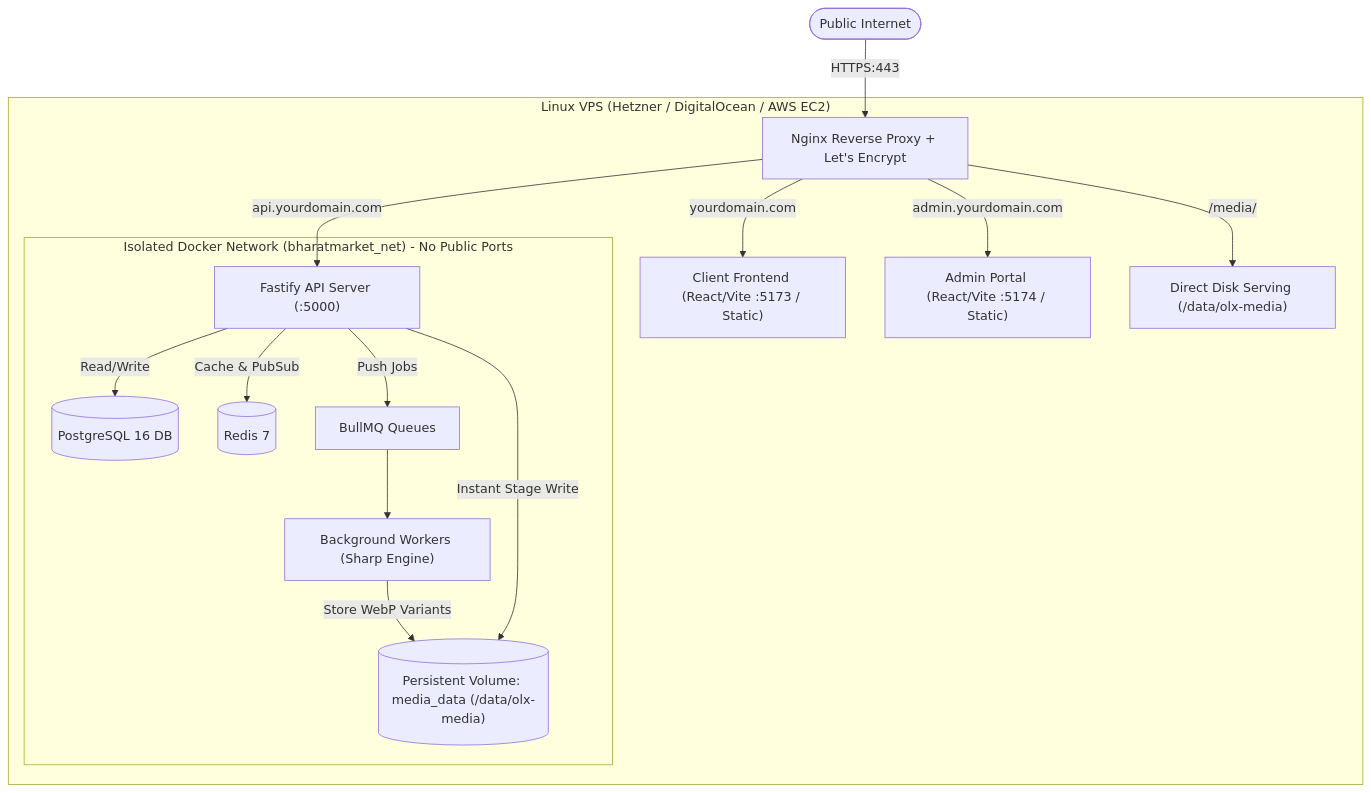
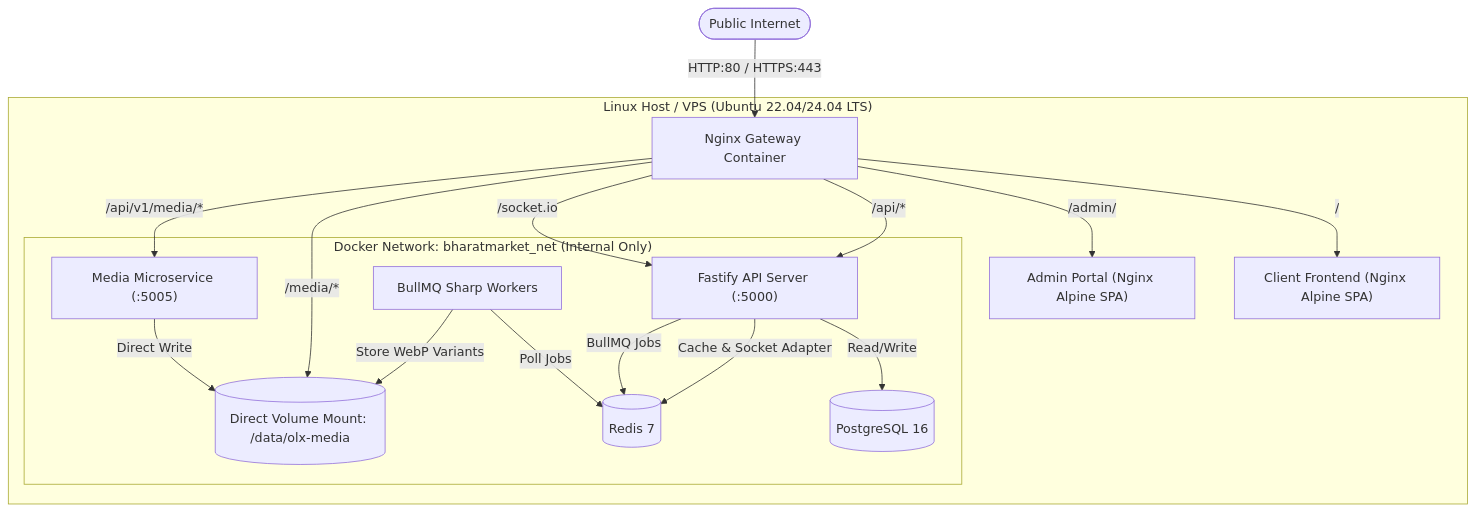
One commit to bnintelhub/olx changed the first of 2 diagrams in docs/DEPLOYMENT_STRATEGY.md. Above: the diagram before and after it, drawn with Mermaid. The commit also changed other lines of this file and 20 other files, not shown here.

````diff
--- a/docs/DEPLOYMENT_STRATEGY.md
+++ b/docs/DEPLOYMENT_STRATEGY.md
@@ -45,20 +64,22 @@
 ```mermaid
 flowchart TD
-    Internet([Public Internet]) -->|HTTPS:443| NGINX[Nginx Reverse Proxy + Let's Encrypt]
+    Internet([Public Internet]) -->|HTTP:80 / HTTPS:443| NGINX[Nginx Gateway Container]
 
-    subgraph VPS["Linux VPS (Hetzner / DigitalOcean / AWS EC2)"]
-        NGINX -->|yourdomain.com| ClientApp["Client Frontend (React/Vite :5173 / Static)"]
-        NGINX -->|admin.yourdomain.com| AdminPortal["Admin Portal (React/Vite :5174 / Static)"]
-        NGINX -->|api.yourdomain.com| FastifyAPI["Fastify API Server (:5000)"]
-        NGINX -->|/media/| LocalMedia["Direct Disk Serving (/data/olx-media)"]
+    subgraph VPS["Linux Host / VPS (Ubuntu 22.04/24.04 LTS)"]
+        NGINX -->|/| ClientApp["Client Frontend (Nginx Alpine SPA)"]
+        NGINX -->|/admin/| AdminPortal["Admin Portal (Nginx Alpine SPA)"]
+        NGINX -->|/api/*| FastifyAPI["Fastify API Server (:5000)"]
+        NGINX -->|/socket.io| FastifyAPI
+        NGINX -->|/media/*| LocalDisk[("Direct Volume Mount: /data/olx-media")]
+        NGINX -->|/api/v1/media/*| MediaService["Media Microservice (:5005)"]
 
-        subgraph PrivateDockerNet["Isolated Docker Network (bharatmarket_net) - No Public Ports"]
-            FastifyAPI -->|Read/Write| Postgres[(PostgreSQL 16 DB)]
-            FastifyAPI -->|Cache & PubSub| Redis[(Redis 7)]
-            FastifyAPI -->|Push Jobs| BullMQ[BullMQ Queues]
-            BullMQ --> Workers["Background Workers (Sharp Engine)"]
-            Workers -->|Store WebP Variants| LocalVolume[("Persistent Volume: media_data (/data/olx-media)")]
-            FastifyAPI -->|Instant Stage Write| LocalVolume
+        subgraph PrivateNet["Docker Network: bharatmarket_net (Internal Only)"]
+            FastifyAPI -->|Read/Write| Postgres[(PostgreSQL 16)]
+            FastifyAPI -->|Cache & Socket Adapter| Redis[(Redis 7)]
+            FastifyAPI -->|BullMQ Jobs| Redis
+            Workers["BullMQ Sharp Workers"] -->|Poll Jobs| Redis
+            Workers -->|Store WebP Variants| LocalDisk
+            MediaService -->|Direct Write| LocalDisk
         end
     end
 ```
````
